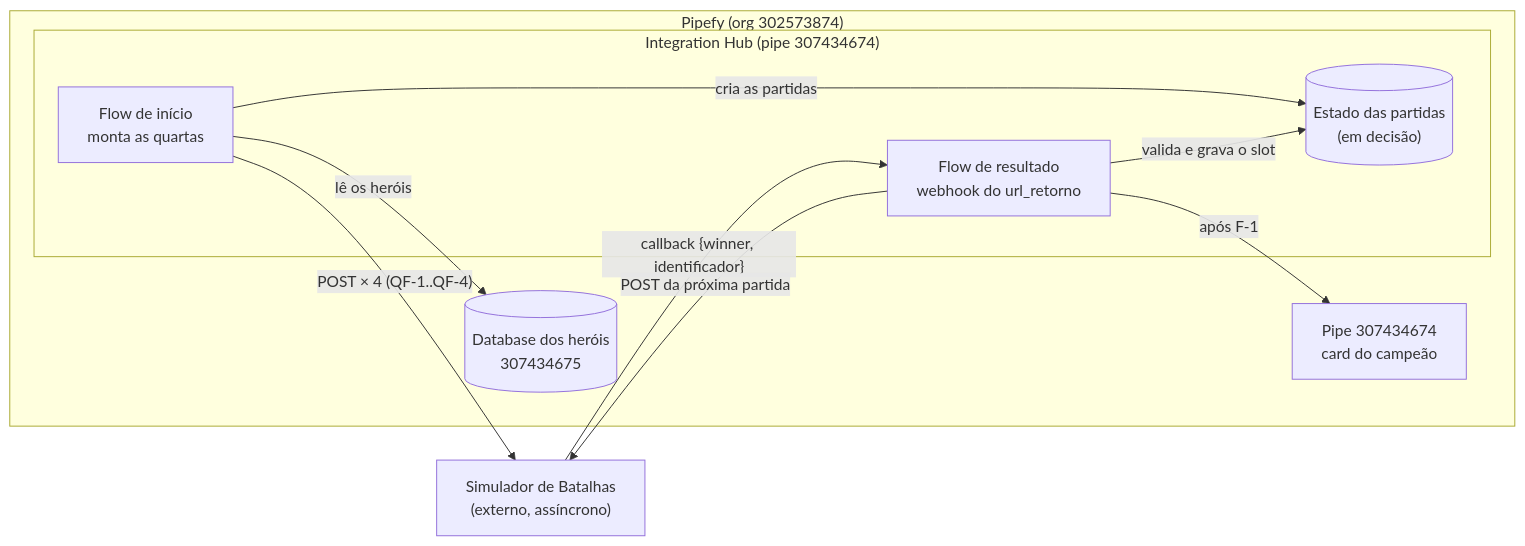
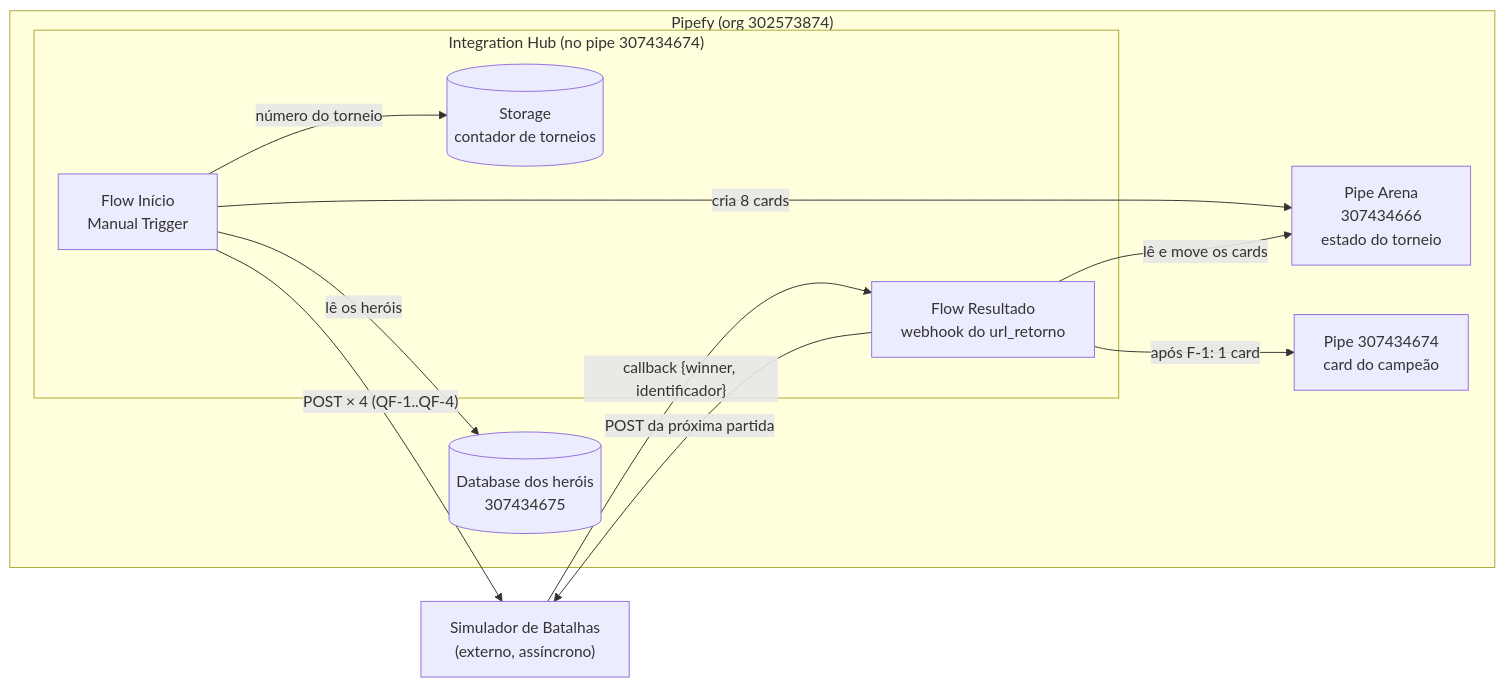
Before and after one commit to LucasAAlv/case-2-torneio: the first of 3 diagrams in docs/arquitetura.md, drawn with Mermaid. The commit also changed other lines of this file, not shown here.

Commit message:
docs: descreve a Arena, os dois flows e o custo estimado

````diff
--- a/docs/arquitetura.md
+++ b/docs/arquitetura.md
@@ -13,21 +11,23 @@
 ```mermaid
 flowchart LR
   subgraph Pipefy["Pipefy (org 302573874)"]
     DB[("Database dos heróis<br/>307434675")]
-    subgraph Hub["Integration Hub (pipe 307434674)"]
-      START["Flow de início<br/>monta as quartas"]
-      RESULT["Flow de resultado<br/>webhook do url_retorno"]
-      STATE[("Estado das partidas<br/>(em decisão)")]
+    ARENA["Pipe Arena<br/>307434666<br/>estado do torneio"]
+    subgraph Hub["Integration Hub (no pipe 307434674)"]
+      START["Flow Início<br/>Manual Trigger"]
+      RESULT["Flow Resultado<br/>webhook do url_retorno"]
+      STORE[("Storage<br/>contador de torneios")]
     end
     FINAL["Pipe 307434674<br/>card do campeão"]
   end
   SIM["Simulador de Batalhas<br/>(externo, assíncrono)"]
 
   START -- lê os heróis --> DB
-  START -- cria as partidas --> STATE
+  START -- número do torneio --> STORE
+  START -- cria 8 cards --> ARENA
   START -- "POST × 4 (QF-1..QF-4)" --> SIM
   SIM -- "callback {winner, identificador}" --> RESULT
-  RESULT -- valida e grava o slot --> STATE
+  RESULT -- lê e move os cards --> ARENA
   RESULT -- "POST da próxima partida" --> SIM
-  RESULT -- "após F-1" --> FINAL
+  RESULT -- "após F-1: 1 card" --> FINAL
 ```
````
